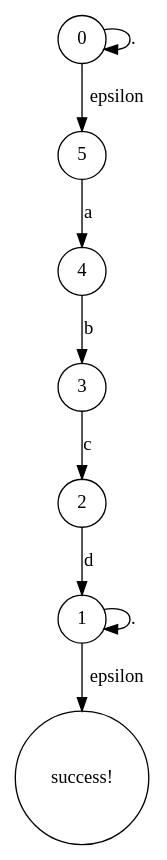
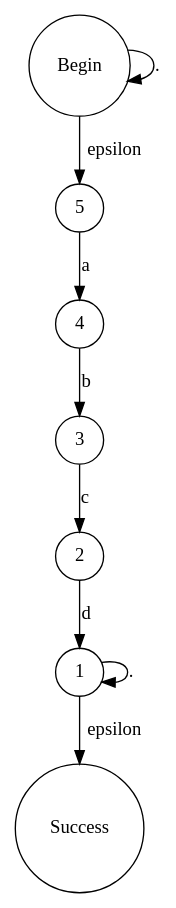
One commit to ayanamists/MyRegEngine changed the diagram in MyRegEngine/bin/Debug/netcoreapp3.1/TestCase7.dot. Above: the diagram before and after it, drawn with Graphviz. The commit also changed 26 other files, not shown here.

```diff
--- a/MyRegEngine/bin/Debug/netcoreapp3.1/TestCase7.dot
+++ b/MyRegEngine/bin/Debug/netcoreapp3.1/TestCase7.dot
@@ -1,1 +1,1 @@
-digraph TestCase7 { 0 [shape=circle,label="0"]; 1 [shape=circle,label="1"]; 2 [shape=circle,label="2"]; 3 [shape=circle,label="3"]; 4 [shape=circle,label="4"]; 5 [shape=circle,label="5"]; success [shape=circle,label="success!"]; 0 -> 0[label="."]; 0 -> 5[label="epsilon"]; 1 -> 1[label="."]; 1 -> success[label="epsilon"]; 2 -> 1[label="d"]; 3 -> 2[label="c"]; 4 -> 3[label="b"]; 5 -> 4[label="a"]; }
+digraph TestCase7 { 0 [shape=circle,label="Begin"]; 1 [shape=circle,label="1"]; 2 [shape=circle,label="2"]; 3 [shape=circle,label="3"]; 4 [shape=circle,label="4"]; 5 [shape=circle,label="5"]; 6 [shape=circle,label="Success"]; 0 -> 0[label="."]; 0 -> 5[label="epsilon"]; 1 -> 1[label="."]; 1 -> 6[label="epsilon"]; 2 -> 1[label="d"]; 3 -> 2[label="c"]; 4 -> 3[label="b"]; 5 -> 4[label="a"]; }
```
